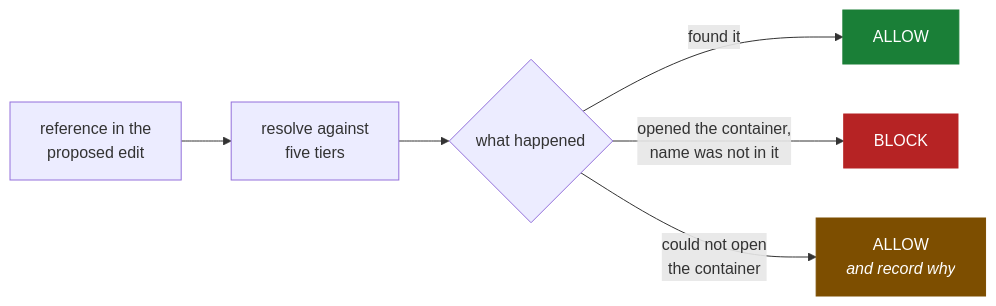
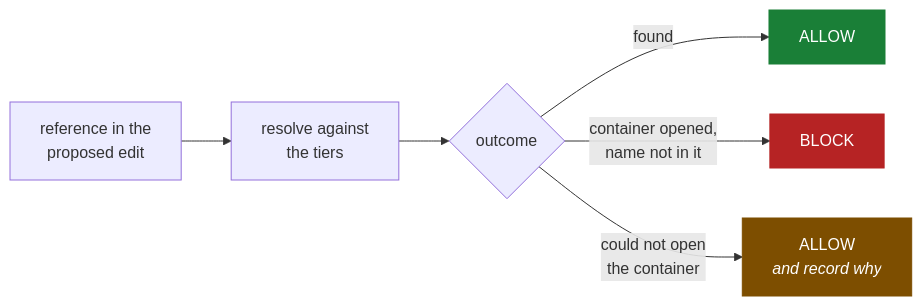
The diagram in README.md (Anandb71/Bleurs), drawn with Mermaid before and after one commit. The commit also changed other lines of this file, not shown here.

First line of the commit message:
Restructure the README as reference documentation

````diff
--- a/README.md
+++ b/README.md
@@ -223,12 +246,12 @@
 ```mermaid
 flowchart LR
-    A["reference in the<br/>proposed edit"] --> B["resolve against<br/>five tiers"]
-    B --> C{what happened}
-    C -->|"found it"| D["ALLOW"]
-    C -->|"opened the container,<br/>name was not in it"| E["BLOCK"]
+    A["reference in the<br/>proposed edit"] --> B["resolve against<br/>the tiers"]
+    B --> C{outcome}
+    C -->|"found"| D["ALLOW"]
+    C -->|"container opened,<br/>name not in it"| E["BLOCK"]
     C -->|"could not open<br/>the container"| F["ALLOW<br/><i>and record why</i>"]
 
     style D fill:#1a7f37,stroke:#1a7f37,color:#fff
     style E fill:#b62324,stroke:#b62324,color:#fff
     style F fill:#7d4e00,stroke:#7d4e00,color:#fff
 ```
````
